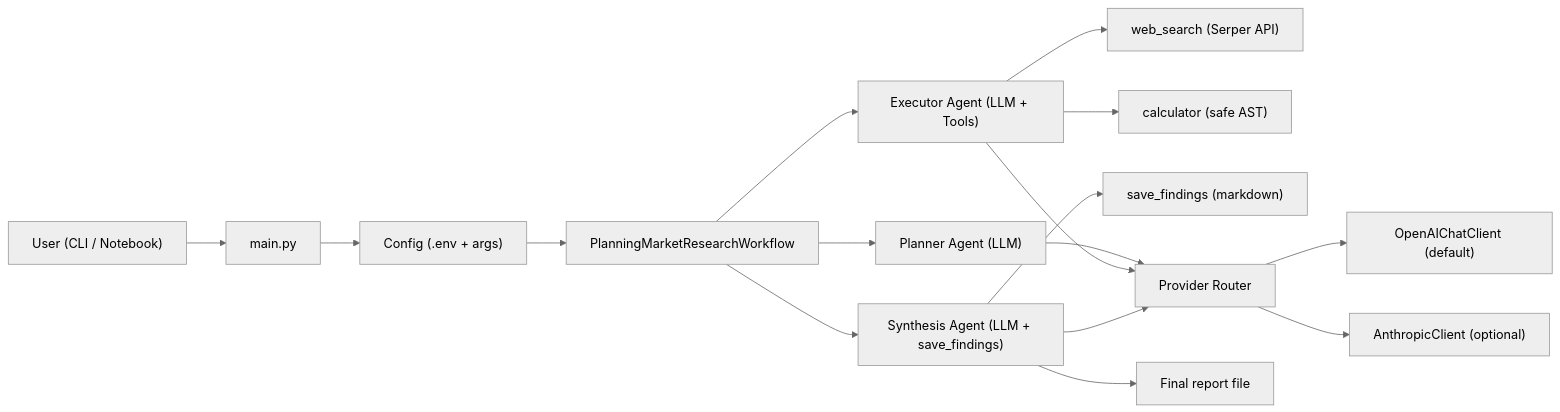
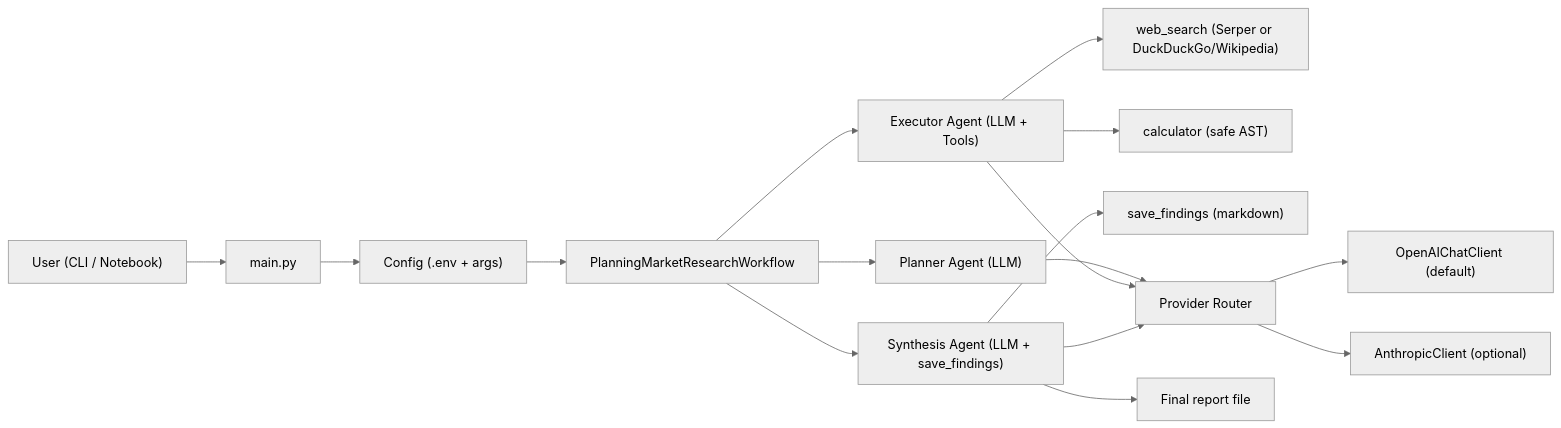
Before and after one commit to tuandung222/agent-planning-trajectory-lab: the first of 3 diagrams in README.md, drawn with Mermaid (neutral theme). The commit also changed other lines of this file and 4 other files, not shown here.

Commit message:
Add no-key web search fallback with DuckDuckGo and Wikipedia

````diff
--- a/README.md
+++ b/README.md
@@ -31,22 +31,22 @@
 ```mermaid
 flowchart LR
     U["User (CLI / Notebook)"] --> M["main.py"]
     M --> C["Config (.env + args)"]
     C --> W["PlanningMarketResearchWorkflow"]
 
     W --> P["Planner Agent (LLM)"]
     W --> E["Executor Agent (LLM + Tools)"]
     W --> S["Synthesis Agent (LLM + save_findings)"]
 
-    E --> T1["web_search (Serper API)"]
+    E --> T1["web_search (Serper or DuckDuckGo/Wikipedia)"]
     E --> T2["calculator (safe AST)"]
     S --> T3["save_findings (markdown)"]
 
     P --> R["Provider Router"]
     E --> R
     S --> R
     R --> O["OpenAIChatClient (default)"]
     R --> A["AnthropicClient (optional)"]
 
     S --> F["Final report file"]
 ```
````
